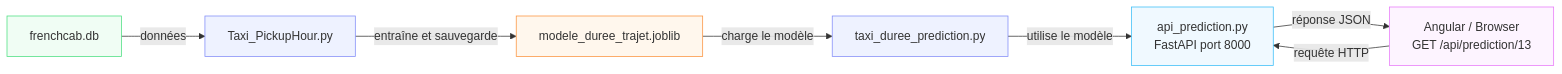
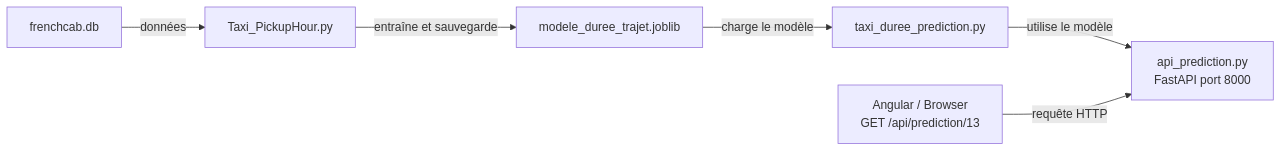
The second of 2 diagrams in README.md (Svetlanna/frenchcab), drawn with Mermaid before and after one commit. The commit also changed other lines of this file and 6 other files, not shown here.

````diff
--- a/README.md
+++ b/README.md
@@ -327,28 +702,15 @@
 ```mermaid
 graph LR
     frenchcabDB[frenchcab.db]
     pickupScript[Taxi_PickupHour.py]
     modelFile[modele_duree_trajet.joblib]
     predictionScript[taxi_duree_prediction.py]
     apiServer[api_prediction.py<br/>FastAPI port 8000]
     angularApp[Angular / Browser<br/>GET /api/prediction/13]
-    
+
     frenchcabDB -->|données| pickupScript
     pickupScript -->|entraîne et sauvegarde| modelFile
     modelFile -->|charge le modèle| predictionScript
     predictionScript -->|utilise le modèle| apiServer
     angularApp -->|requête HTTP| apiServer
-    apiServer -->|réponse JSON| angularApp
-    
-    classDef database fill:#f0fdf4,stroke:#4ade80
-    classDef script fill:#eef2ff,stroke:#818cf8
-    classDef model fill:#fff7ed,stroke:#fb923c
-    classDef api fill:#f0f9ff,stroke:#38bdf8
-    classDef frontend fill:#fdf4ff,stroke:#e879f9
-    
-    class frenchcabDB database
-    class pickupScript,predictionScript script
-    class modelFile model
-    class apiServer api
-    class angularApp frontend
 ```
````
